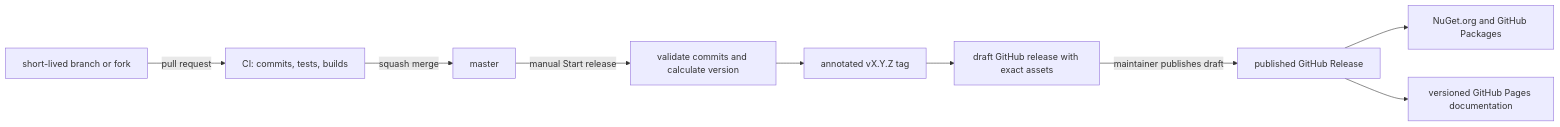
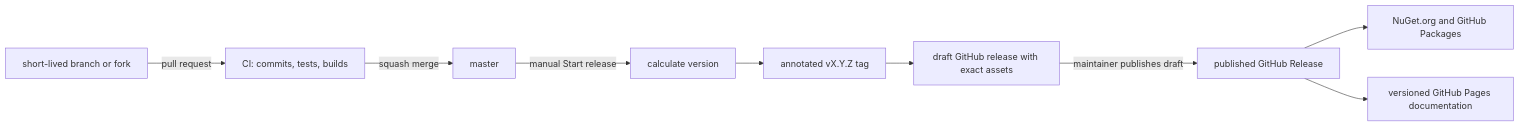
One commit to 2chevskii/FigmaMCP changed the second of 2 diagrams in docs/DEVELOPMENT.md. Above: the diagram before and after it, drawn with Mermaid. The commit also changed other lines of this file and 6 other files, not shown here.

````diff
--- a/docs/DEVELOPMENT.md
+++ b/docs/DEVELOPMENT.md
@@ -79,11 +79,11 @@
 ```mermaid
 flowchart LR
     branch[short-lived branch or fork] -->|pull request| checks[CI: commits, tests, builds]
     checks -->|squash merge| master[master]
-    master -->|manual Start release| version[validate commits and calculate version]
+    master -->|manual Start release| version[calculate version]
     version --> tag[annotated vX.Y.Z tag]
     tag --> draft[draft GitHub release with exact assets]
     draft -->|maintainer publishes draft| published[published GitHub Release]
     published --> registries[NuGet.org and GitHub Packages]
     published --> pages[versioned GitHub Pages documentation]
 ```
````
